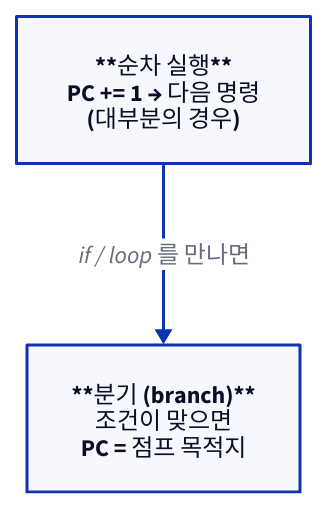
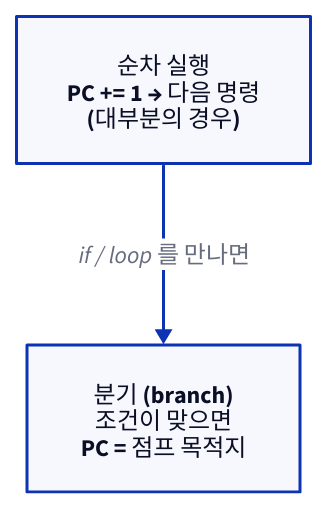
Before and after one commit to humbleowl39/DV_SKOOL: the third of 3 diagrams in starlight_site/src/content/docs/computer_architecture/03_life_of_an_instruction.md, drawn with D2. The commit also changed other lines of this file and 714 other files, not shown here.

First line of the commit message:
fix(site): d2 다이어그램 가독성 결함 6종 일괄 수정

````diff
--- a/starlight_site/src/content/docs/computer_architecture/03_life_of_an_instruction.md
+++ b/starlight_site/src/content/docs/computer_architecture/03_life_of_an_instruction.md
@@ -102,8 +102,8 @@
 ```d2
 direction: down
 
-SEQ: "**순차 실행**\nPC += 1 → 다음 명령\n(대부분의 경우)"
-BR: "**분기 (branch)**\n조건이 맞으면\nPC = 점프 목적지"
+SEQ: "순차 실행\nPC += 1 → 다음 명령\n(대부분의 경우)"
+BR: "분기 (branch)\n조건이 맞으면\nPC = 점프 목적지"
 
 SEQ -> BR: "if / loop 를 만나면"
 ```
````
